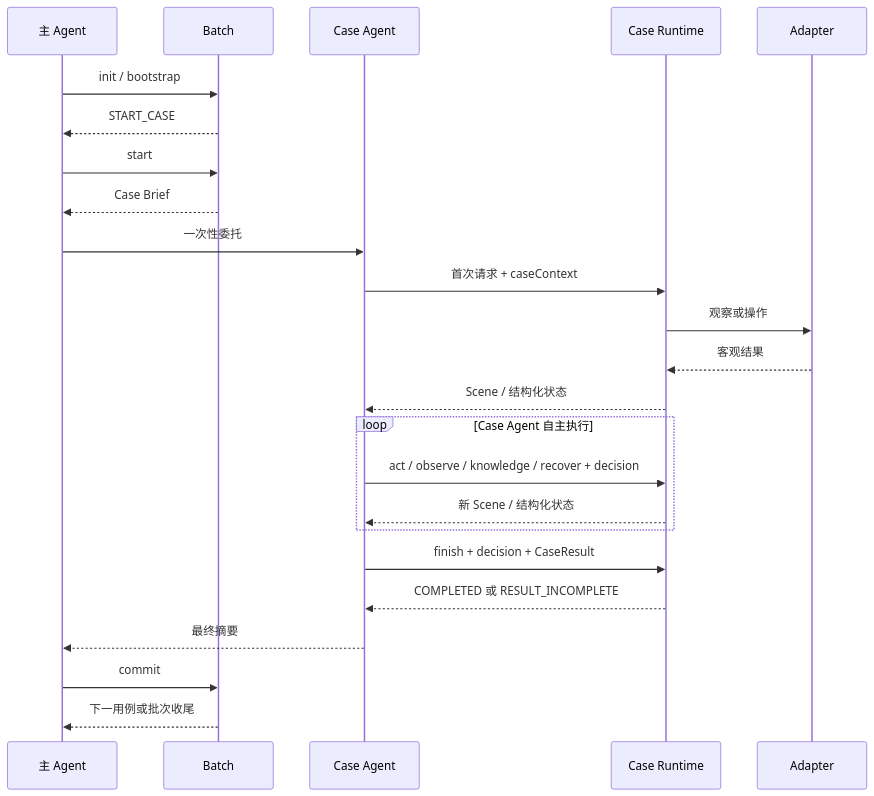
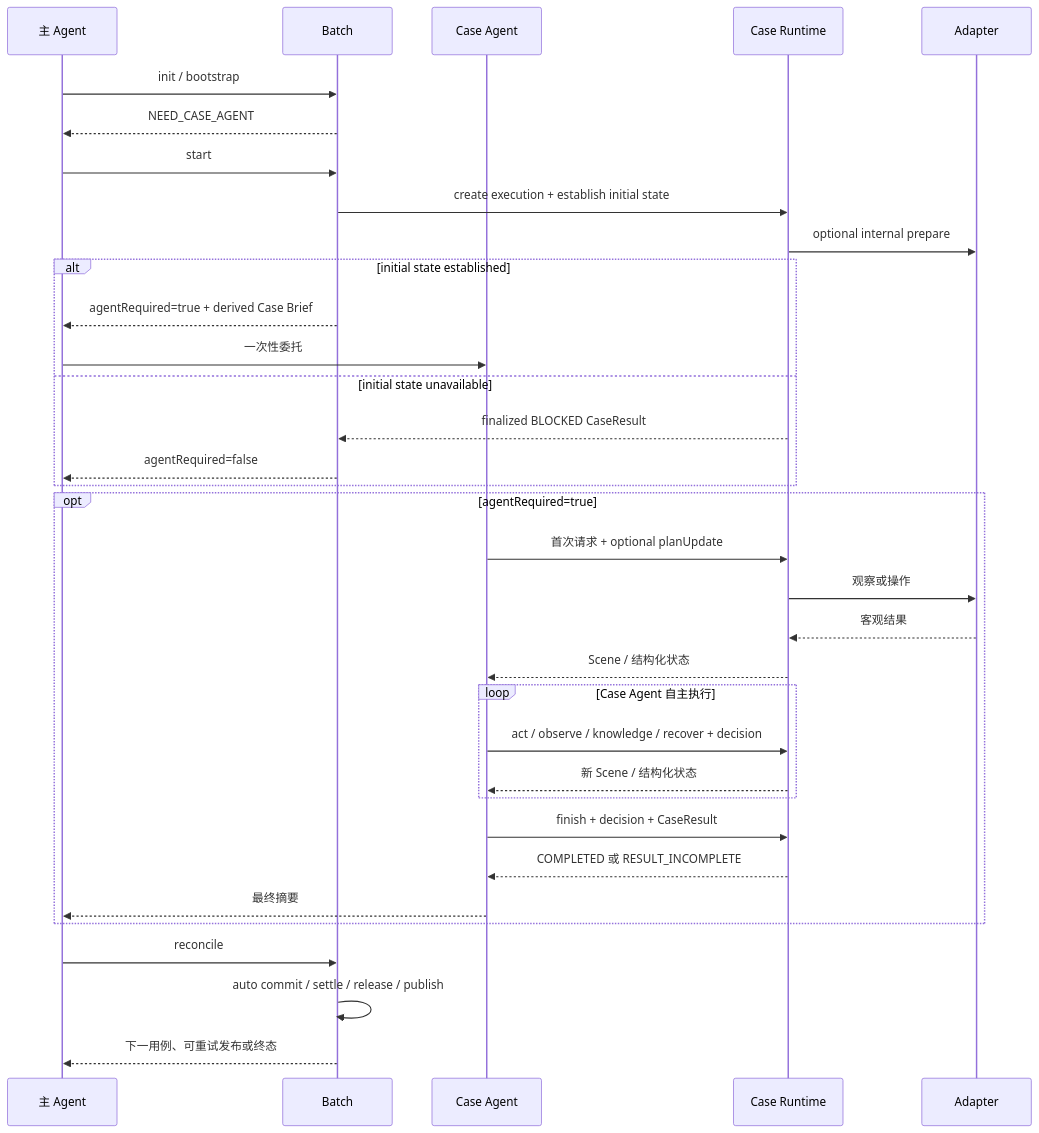
Before and after one commit to lianghuihui-plus/DevKit: the second of 2 diagrams in skills/mobile-ai-visual-test/docs/architecture.md, drawn with Mermaid. The commit also changed other lines of this file and 83 other files, not shown here.

Commit message:
refactor(mavt): close execution lifecycle and agent boundaries

````diff
--- a/skills/mobile-ai-visual-test/docs/architecture.md
+++ b/skills/mobile-ai-visual-test/docs/architecture.md
@@ -73,27 +74,37 @@
 ```mermaid
 sequenceDiagram
   participant M as 主 Agent
   participant B as Batch
   participant A as Case Agent
   participant R as Case Runtime
   participant D as Adapter
 
   M->>B: init / bootstrap
-  B-->>M: START_CASE
+  B-->>M: NEED_CASE_AGENT
   M->>B: start
-  B-->>M: Case Brief
-  M->>A: 一次性委托
-  A->>R: 首次请求 + caseContext
-  R->>D: 观察或操作
-  D-->>R: 客观结果
-  R-->>A: Scene / 结构化状态
-  loop Case Agent 自主执行
-    A->>R: act / observe / knowledge / recover + decision
-    R-->>A: 新 Scene / 结构化状态
+  B->>R: create execution + establish initial state
+  R->>D: optional internal prepare
+  alt initial state established
+    B-->>M: agentRequired=true + derived Case Brief
+    M->>A: 一次性委托
+  else initial state unavailable
+    R-->>B: finalized BLOCKED CaseResult
+    B-->>M: agentRequired=false
   end
-  A->>R: finish + decision + CaseResult
-  R-->>A: COMPLETED 或 RESULT_INCOMPLETE
-  A-->>M: 最终摘要
-  M->>B: commit
-  B-->>M: 下一用例或批次收尾
+  opt agentRequired=true
+    A->>R: 首次请求 + optional planUpdate
+    R->>D: 观察或操作
+    D-->>R: 客观结果
+    R-->>A: Scene / 结构化状态
+    loop Case Agent 自主执行
+      A->>R: act / observe / knowledge / recover + decision
+      R-->>A: 新 Scene / 结构化状态
+    end
+    A->>R: finish + decision + CaseResult
+    R-->>A: COMPLETED 或 RESULT_INCOMPLETE
+    A-->>M: 最终摘要
+  end
+  M->>B: reconcile
+  B->>B: auto commit / settle / release / publish
+  B-->>M: 下一用例、可重试发布或终态
 ```
````
